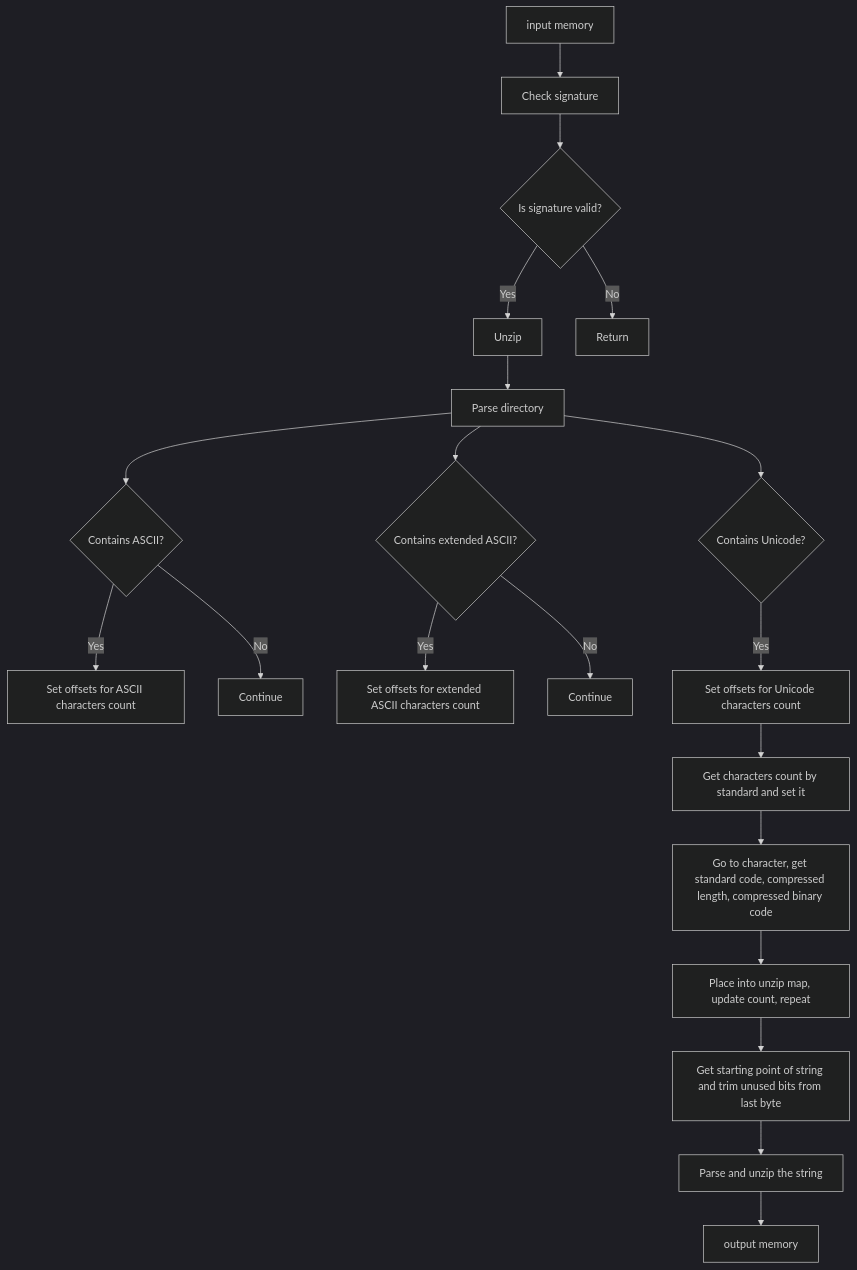
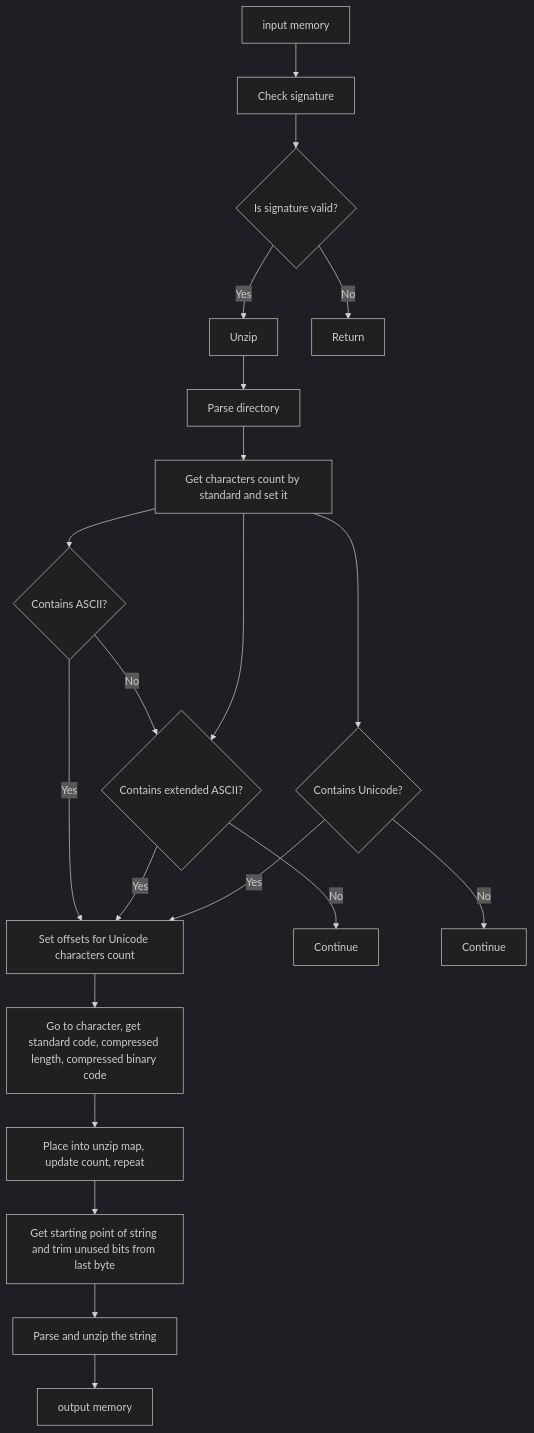
Before and after one commit to dothedada/filemakerrrr: the second of 4 diagrams in README.md, drawn with Mermaid (dark theme). The commit also changed other lines of this file, not shown here.

Commit message:
Ajuste mermaid

````diff
--- a/README.md
+++ b/README.md
@@ -153,26 +149,27 @@
 ```mermaid
 flowchart TD
     A[input memory] --> B[Check signature]
     B --> C{Is signature valid?}
     C -- Yes --> D[Unzip]
     C -- No --> E[Return]
 
     D --> F[Parse directory]
-    F --> G{Contains ASCII?}
-    G -- Yes --> H[Set offsets for ASCII characters count]
-    G -- No --> I[Continue]
+    F --> G[Get characters count by standard and set it]
+    G --> H{Contains ASCII?}
+    H -- Yes --> O[Set offsets for ASCII characters count]
+    H -- No --> I[Continue]
 
-    F --> J{Contains extended ASCII?}
-    J -- Yes --> K[Set offsets for extended ASCII characters count]
-    J -- No --> L[Continue]
+    G --> I{Contains extended ASCII?}
+    I -- Yes --> O[Set offsets for extended ASCII characters count]
+    I -- No --> L[Continue]
 
-    F --> M{Contains Unicode?}
-    M -- Yes --> N[Set offsets for Unicode characters count]
-    N --> O[Get characters count by standard and set it]
+    G --> J{Contains Unicode?}
+    J -- Yes --> O[Set offsets for Unicode characters count]
+    J -- No --> M[Continue]
 
     O --> P[Go to character, get standard code, compressed length, compressed binary code]
     P --> Q[Place into unzip map, update count, repeat]
     Q --> R[Get starting point of string and trim unused bits from last byte]
     R --> S[Parse and unzip the string]
     S --> T[output memory]
 ```
````
